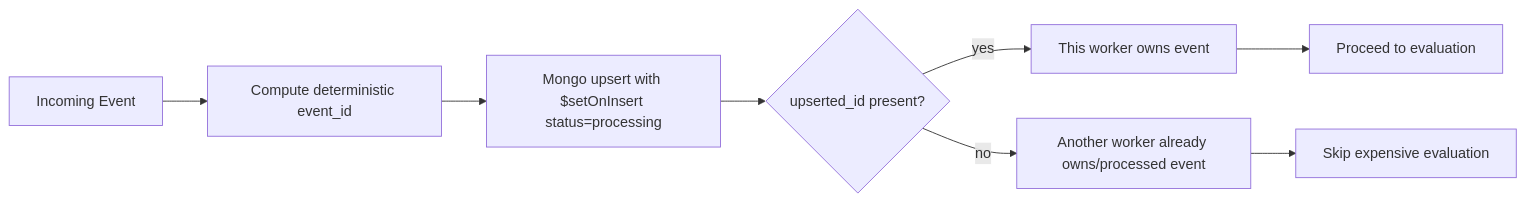
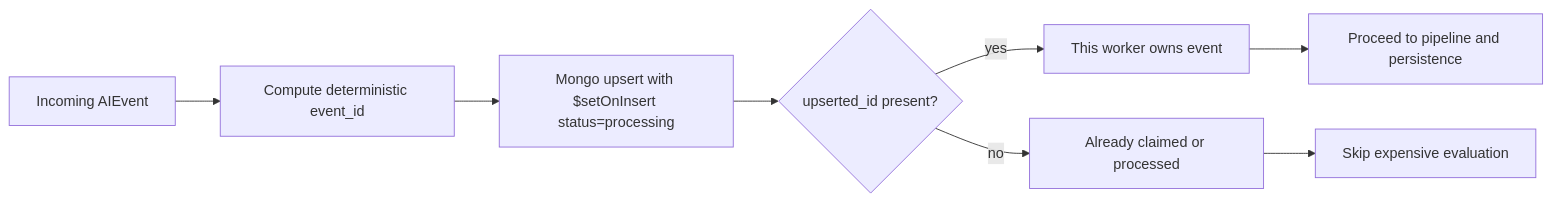
The second of 3 diagrams in docs/flowcharts.md (JaakkoLipp/Thesis_LLM_DeepEval_OSS), drawn with Mermaid before and after one commit. The commit also changed other lines of this file and 13 other files, not shown here.

First line of the commit message:
Refactor service and message processing architecture

````diff
--- a/docs/flowcharts.md
+++ b/docs/flowcharts.md
@@ -43,11 +41,11 @@
 ```mermaid
 flowchart LR
-    A[Incoming Event] --> B[Compute deterministic event_id]
+    A[Incoming AIEvent] --> B[Compute deterministic event_id]
     B --> C[Mongo upsert with $setOnInsert status=processing]
     C --> D{upserted_id present?}
     D -->|yes| E[This worker owns event]
-    E --> F[Proceed to evaluation]
+    E --> F[Proceed to pipeline and persistence]
 
-    D -->|no| G[Another worker already owns/processed event]
+    D -->|no| G[Already claimed or processed]
     G --> H[Skip expensive evaluation]
 ```
````
